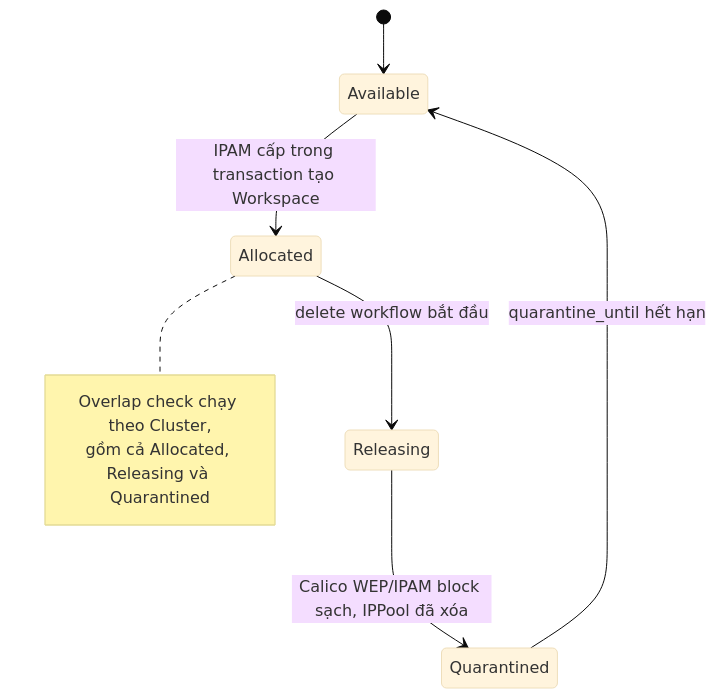
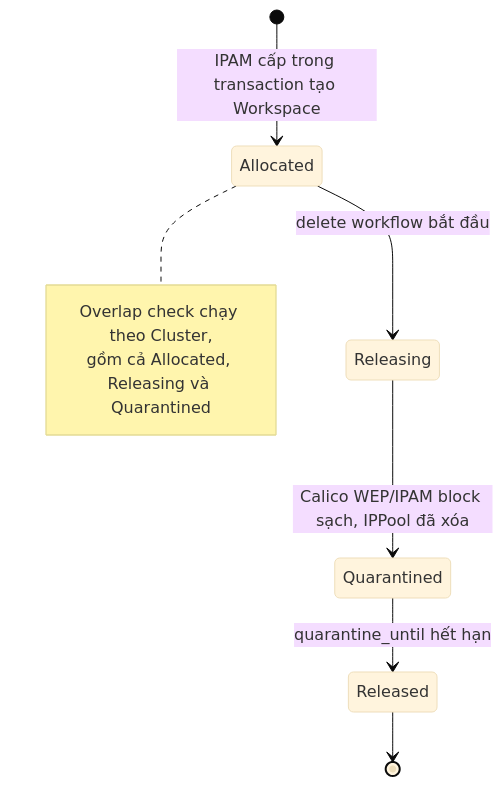
Before and after one commit to thaihoc1310/tenantry: the fourth of 14 diagrams in docs/architecture/04-state-machines.md, drawn with Mermaid (base theme). The commit also changed other lines of this file and 12 other files, not shown here.

````diff
--- a/docs/architecture/04-state-machines.md
+++ b/docs/architecture/04-state-machines.md
@@ -214,12 +207,12 @@
 ```mermaid
 stateDiagram-v2
-  [*] --> Available
-  Available --> Allocated : IPAM cấp trong transaction tạo Workspace
+  [*] --> Allocated : IPAM cấp trong transaction tạo Workspace
   Allocated --> Releasing : delete workflow bắt đầu
   Releasing --> Quarantined : Calico WEP/IPAM block sạch, IPPool đã xóa
-  Quarantined --> Available : quarantine_until hết hạn
+  Quarantined --> Released : quarantine_until hết hạn
+  Released --> [*]
   note right of Allocated
     Overlap check chạy theo Cluster,
     gồm cả Allocated, Releasing và Quarantined
   end note
 ```
````
